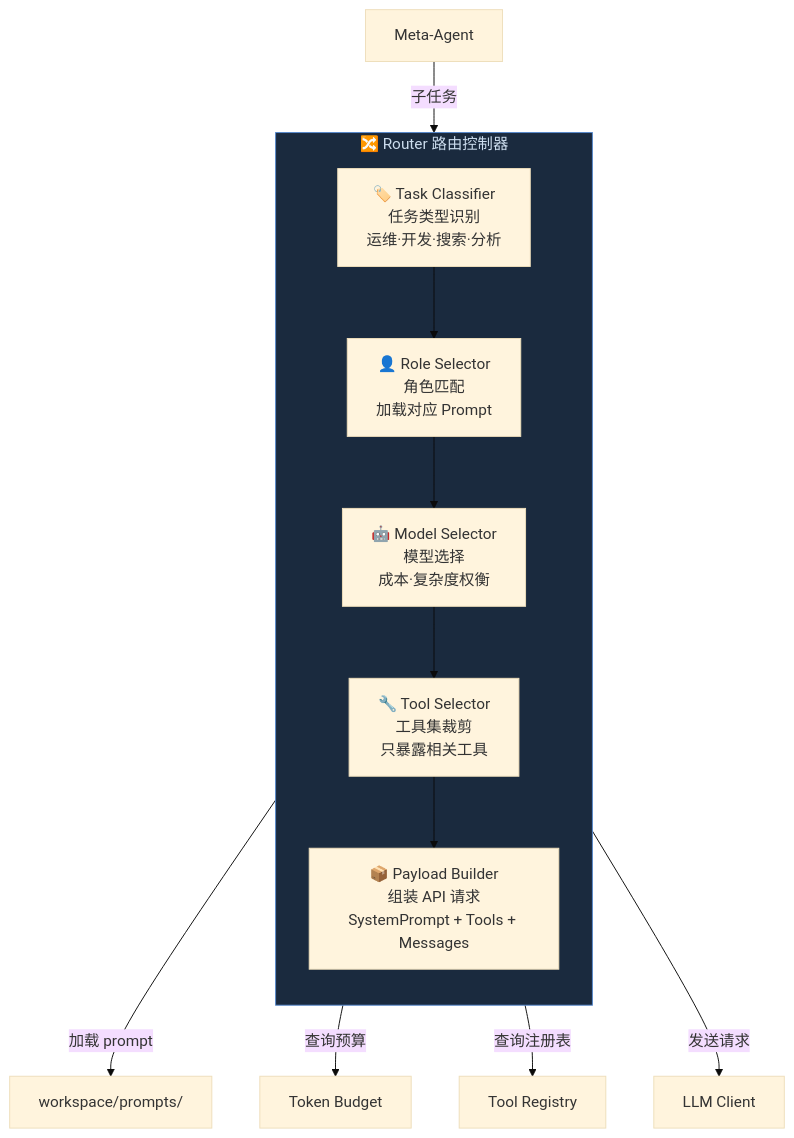
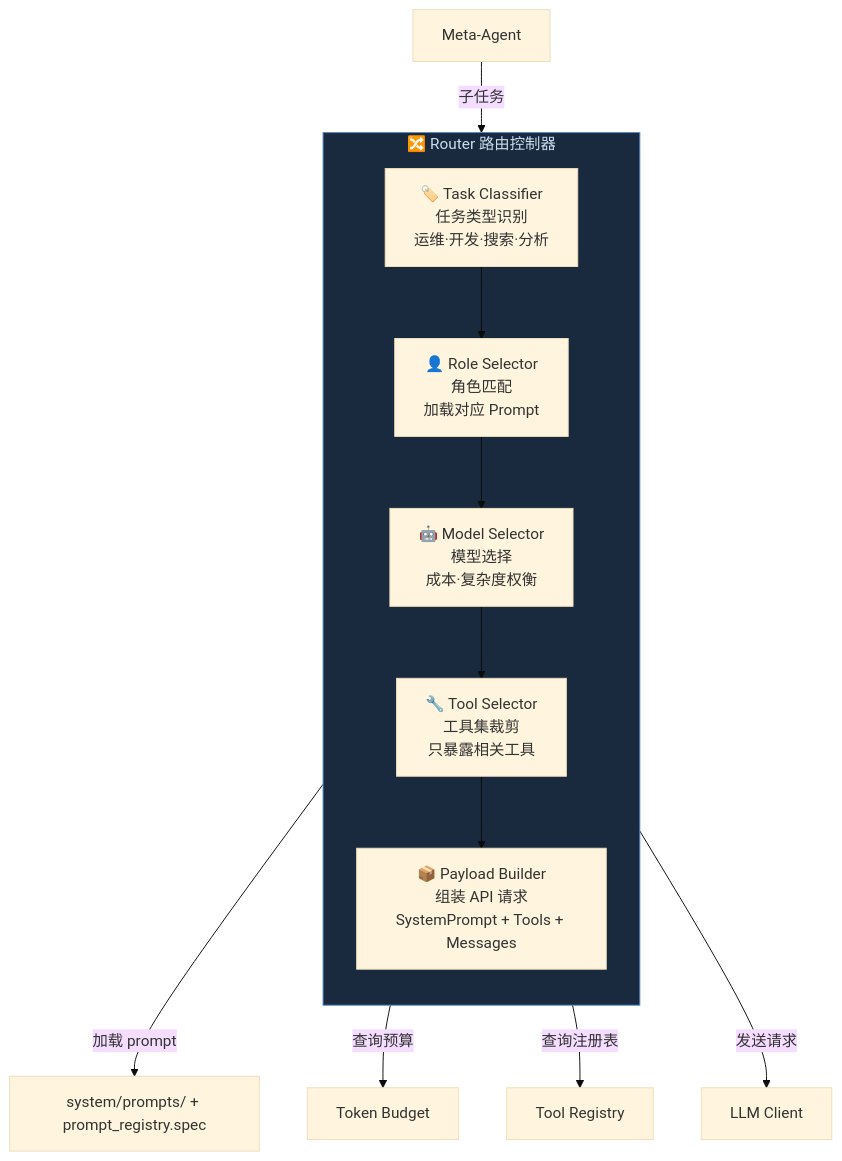
The third of 17 diagrams in doc/11-brain-layer-modules.md (Yidhar/Embla_System), drawn with Mermaid (base theme) before and after one commit. The commit also changed other lines of this file and 11 other files, not shown here.

````diff
--- a/doc/11-brain-layer-modules.md
+++ b/doc/11-brain-layer-modules.md
@@ -177,23 +177,23 @@
 ```mermaid
 flowchart TB
     subgraph Router["🔀 Router 路由控制器"]
         direction TB
         CLASSIFY["🏷️ Task Classifier<br/>任务类型识别<br/>运维·开发·搜索·分析"]
         ROLE_SEL["👤 Role Selector<br/>角色匹配<br/>加载对应 Prompt"]
         MODEL_SEL["🤖 Model Selector<br/>模型选择<br/>成本·复杂度权衡"]
         TOOL_SEL["🔧 Tool Selector<br/>工具集裁剪<br/>只暴露相关工具"]
         PAYLOAD["📦 Payload Builder<br/>组装 API 请求<br/>SystemPrompt + Tools + Messages"]
     end
 
     META["Meta-Agent"] -->|"子任务"| CLASSIFY
     CLASSIFY --> ROLE_SEL
-    ROLE_SEL -->|"加载 prompt"| PROMPTS["workspace/prompts/"]
+    ROLE_SEL -->|"加载 prompt"| PROMPTS["system/prompts/ + prompt_registry.spec"]
     ROLE_SEL --> MODEL_SEL
     MODEL_SEL -->|"查询预算"| BUDGET["Token Budget"]
     MODEL_SEL --> TOOL_SEL
     TOOL_SEL -->|"查询注册表"| REGISTRY["Tool Registry"]
     TOOL_SEL --> PAYLOAD
     PAYLOAD -->|"发送请求"| LLM["LLM Client"]
 
     style Router fill:#1a2a3e,stroke:#5588cc,color:#ccddee
 ```
````
